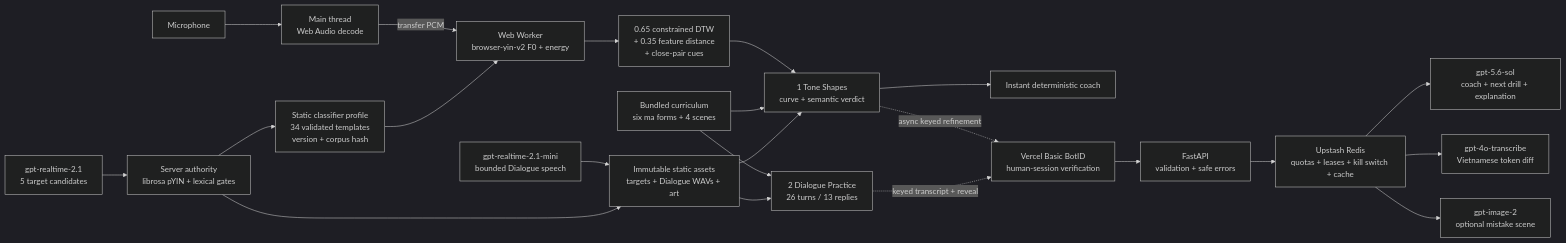
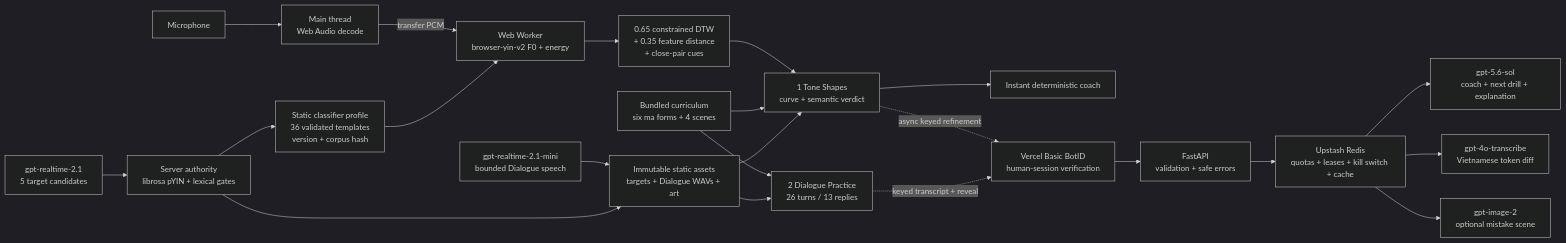
One commit to roberthuynh/dau-tones changed the diagram in README.md. Above: the diagram before and after it, drawn with Mermaid (dark theme). The commit also changed other lines of this file and 14 other files, not shown here.

````diff
--- a/README.md
+++ b/README.md
@@ -56,27 +56,27 @@
 ```mermaid
 flowchart LR
     Mic["Microphone"] --> Decode["Main thread<br/>Web Audio decode"]
     Decode -->|"transfer PCM"| Worker["Web Worker<br/>browser-yin-v2 F0 + energy"]
-    Profile["Static classifier profile<br/>34 validated templates<br/>version + corpus hash"] --> Worker
+    Profile["Static classifier profile<br/>36 validated templates<br/>version + corpus hash"] --> Worker
     Worker --> Grade["0.65 constrained DTW<br/>+ 0.35 feature distance<br/>+ close-pair cues"]
     Grade --> Shapes["1 Tone Shapes<br/>curve + semantic verdict"]
     Curriculum["Bundled curriculum<br/>six ma forms + 4 scenes"] --> Shapes
     Curriculum --> Dialogue["2 Dialogue Practice<br/>26 turns / 13 replies"]
     Static["Immutable static assets<br/>targets + Dialogue WAVs + art"] --> Shapes
     Static --> Dialogue
     Shapes --> Rules["Instant deterministic coach"]
     Shapes -. "async keyed refinement" .-> BotID["Vercel Basic BotID<br/>human-session verification"]
     Dialogue -. "keyed transcript + reveal" .-> BotID
     BotID --> API["FastAPI<br/>validation + safe errors"]
     API --> Guard["Upstash Redis<br/>quotas + leases + kill switch + cache"]
     Guard --> GPT
     Guard --> ASR
     Guard --> Images
     GPT["gpt-5.6-sol<br/>coach + next drill + explanation"]
     ASR["gpt-4o-transcribe<br/>Vietnamese token diff"]
     Images["gpt-image-2<br/>optional mistake scene"]
     Speech["gpt-realtime-2.1-mini<br/>bounded Dialogue speech"] --> Static
     Realtime["gpt-realtime-2.1<br/>5 target candidates"] --> Validation["Server authority<br/>librosa pYIN + lexical gates"]
     Validation --> Profile
     Validation --> Static
 ```
````
